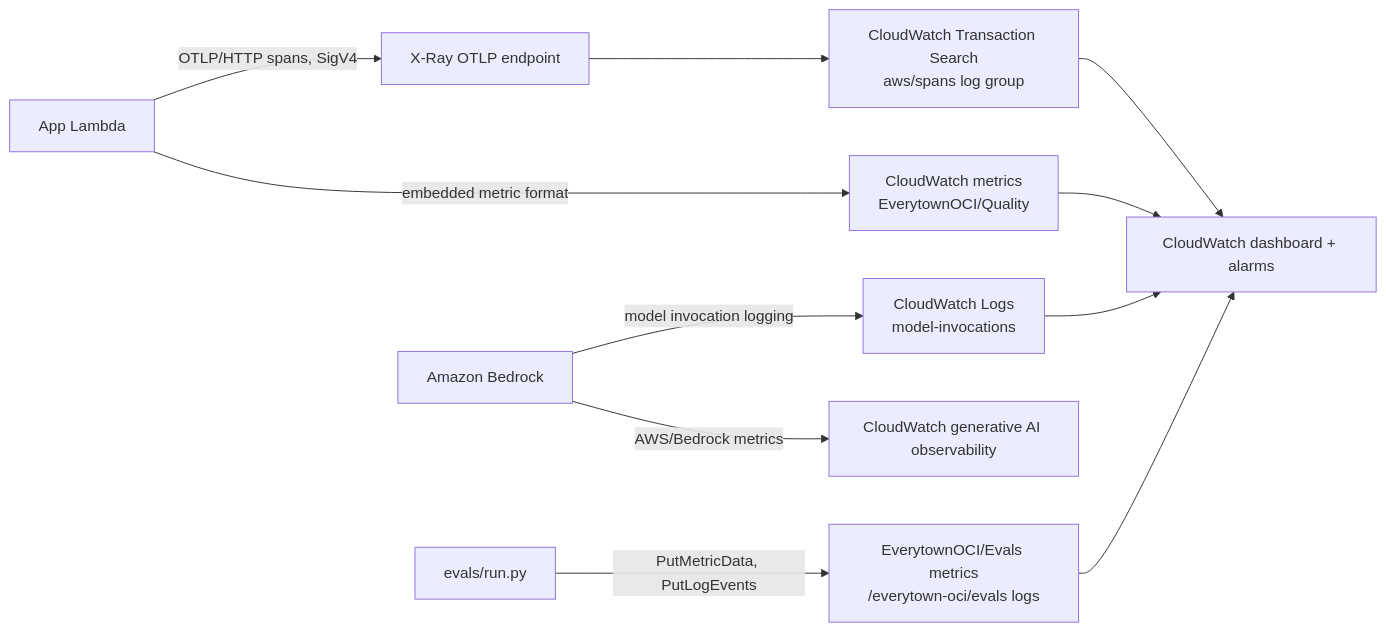
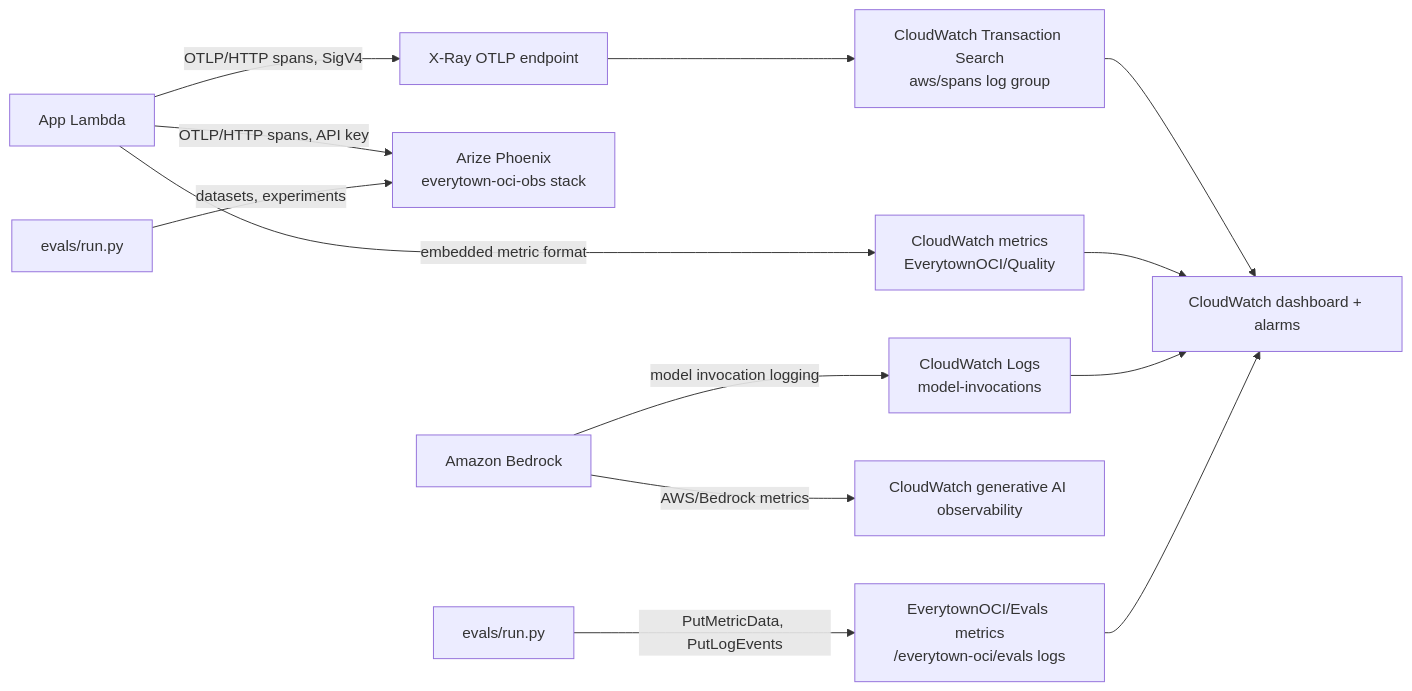
One commit to ArielleTolome/everytown-oci changed the second of 2 diagrams in README.md. Above: the diagram before and after it, drawn with Mermaid. The commit also changed other lines of this file and 18 other files, not shown here.

````diff
--- a/README.md
+++ b/README.md
@@ -265,10 +265,12 @@
 ```mermaid
 flowchart LR
   L[App Lambda] -- OTLP/HTTP spans, SigV4 --> X[X-Ray OTLP endpoint]
+  L -- OTLP/HTTP spans, API key --> P[Arize Phoenix<br/>everytown-oci-obs stack]
+  E2[evals/run.py] -- datasets, experiments --> P
   X --> TS[CloudWatch Transaction Search<br/>aws/spans log group]
   L -- embedded metric format --> Q[CloudWatch metrics<br/>EverytownOCI/Quality]
   B[Amazon Bedrock] -- model invocation logging --> BL[CloudWatch Logs<br/>model-invocations]
   B -- AWS/Bedrock metrics --> GA[CloudWatch generative AI observability]
   E[evals/run.py] -- PutMetricData, PutLogEvents --> EV[EverytownOCI/Evals metrics<br/>/everytown-oci/evals logs]
   TS & Q & BL & EV --> D[CloudWatch dashboard + alarms]
 ```
````
